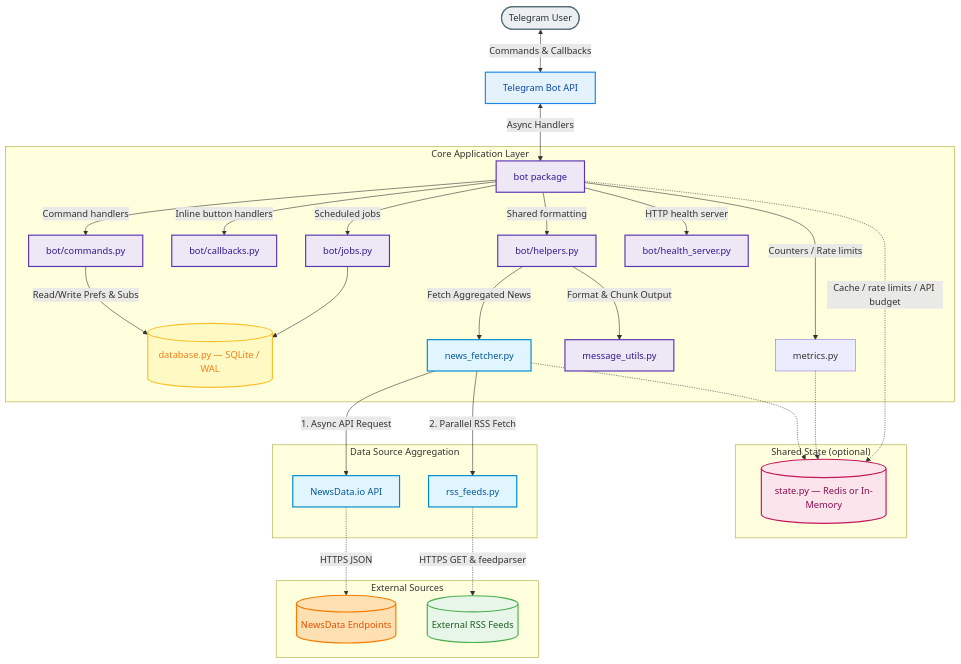
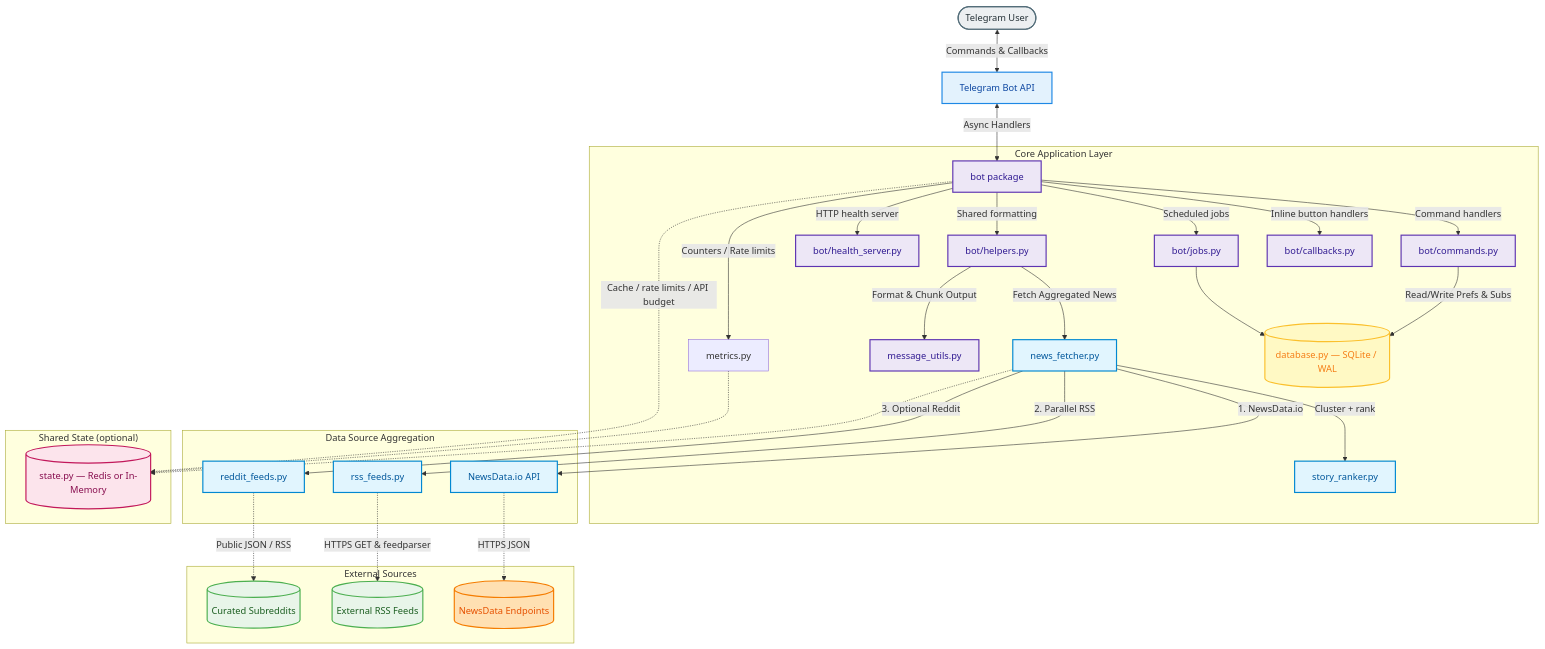
The diagram in README.md (sunil-gumatimath/newsdrop), drawn with Mermaid before and after one commit. The commit also changed other lines of this file and 2 other files, not shown here.

````diff
--- a/README.md
+++ b/README.md
@@ -46,51 +48,57 @@
 ```mermaid
 graph TD
     User(["Telegram User"]) <-->|"Commands & Callbacks"| Telegram["Telegram Bot API"]
     Telegram <-->|"Async Handlers"| Bot["bot package"]
 
     subgraph "Core Application Layer"
         Bot -->|"Command handlers"| Commands["bot/commands.py"]
         Bot -->|"Inline button handlers"| Callbacks["bot/callbacks.py"]
         Bot -->|"Scheduled jobs"| Jobs["bot/jobs.py"]
         Bot -->|"Shared formatting"| Helpers["bot/helpers.py"]
         Bot -->|"HTTP health server"| HealthServer["bot/health_server.py"]
         Commands -->|"Read/Write Prefs & Subs"| DB[("database.py — SQLite / WAL")]
         Jobs --> DB
         Helpers -->|"Fetch Aggregated News"| Fetcher["news_fetcher.py"]
+        Fetcher -->|"Cluster + rank"| Ranker["story_ranker.py"]
         Helpers -->|"Format & Chunk Output"| Utils["message_utils.py"]
         Bot -->|"Counters / Rate limits"| Metrics["metrics.py"]
     end
 
     subgraph "Data Source Aggregation"
-        Fetcher -->|"1. Async API Request"| NewsAPI["NewsData.io API"]
-        Fetcher -->|"2. Parallel RSS Fetch"| RSS["rss_feeds.py"]
+        Fetcher -->|"1. NewsData.io"| NewsAPI["NewsData.io API"]
+        Fetcher -->|"2. Parallel RSS"| RSS["rss_feeds.py"]
+        Fetcher -->|"3. Optional Reddit"| Reddit["reddit_feeds.py"]
     end
 
     subgraph "External Sources"
         NewsAPI -.->|"HTTPS JSON"| WebAPI[("NewsData Endpoints")]
         RSS -.->|"HTTPS GET & feedparser"| Feeds[("External RSS Feeds")]
+        Reddit -.->|"Public JSON / RSS"| Subs[("Curated Subreddits")]
     end
 
     subgraph "Shared State (optional)"
         Bot -.->|"Cache / rate limits / API budget"| State[("state.py — Redis or In-Memory")]
         Fetcher -.-> State
         Metrics -.-> State
     end
 
     style User fill:#eceff1,stroke:#546e7a,stroke-width:2px,color:#263238
     style Telegram fill:#e3f2fd,stroke:#1e88e5,stroke-width:2px,color:#0d47a1
     style Bot fill:#ede7f6,stroke:#5e35b1,stroke-width:2px,color:#311b92
     style Commands fill:#ede7f6,stroke:#5e35b1,stroke-width:2px,color:#311b92
     style Callbacks fill:#ede7f6,stroke:#5e35b1,stroke-width:2px,color:#311b92
     style Jobs fill:#ede7f6,stroke:#5e35b1,stroke-width:2px,color:#311b92
     style Helpers fill:#ede7f6,stroke:#5e35b1,stroke-width:2px,color:#311b92
     style HealthServer fill:#ede7f6,stroke:#5e35b1,stroke-width:2px,color:#311b92
     style Utils fill:#ede7f6,stroke:#5e35b1,stroke-width:2px,color:#311b92
     style DB fill:#fff9c4,stroke:#fbc02d,stroke-width:2px,color:#f57f17
     style Fetcher fill:#e1f5fe,stroke:#0288d1,stroke-width:2px,color:#01579b
+    style Ranker fill:#e1f5fe,stroke:#0288d1,stroke-width:2px,color:#01579b
     style NewsAPI fill:#e1f5fe,stroke:#0288d1,stroke-width:2px,color:#01579b
     style RSS fill:#e1f5fe,stroke:#0288d1,stroke-width:2px,color:#01579b
+    style Reddit fill:#e1f5fe,stroke:#0288d1,stroke-width:2px,color:#01579b
     style WebAPI fill:#ffe0b2,stroke:#f57c00,stroke-width:2px,color:#e65100
     style Feeds fill:#e8f5e9,stroke:#4caf50,stroke-width:2px,color:#1b5e20
+    style Subs fill:#e8f5e9,stroke:#4caf50,stroke-width:2px,color:#1b5e20
     style State fill:#fce4ec,stroke:#c2185b,stroke-width:2px,color:#880e4f
 ```
````
